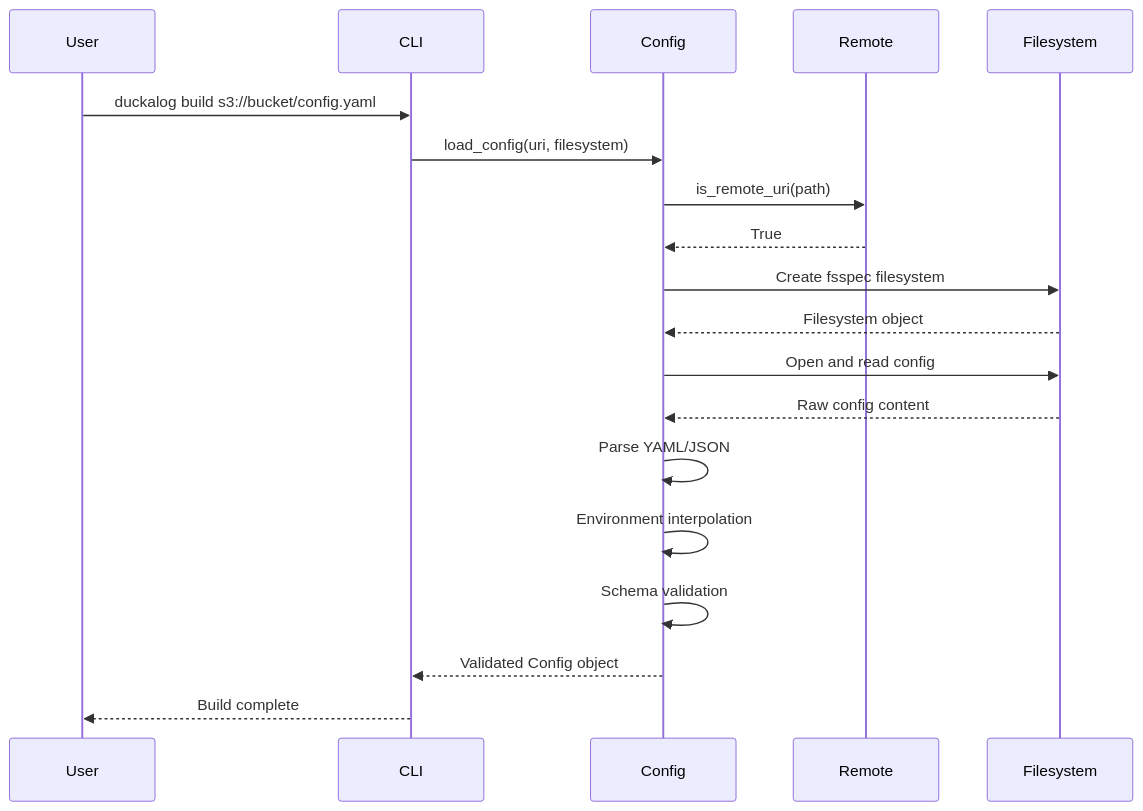
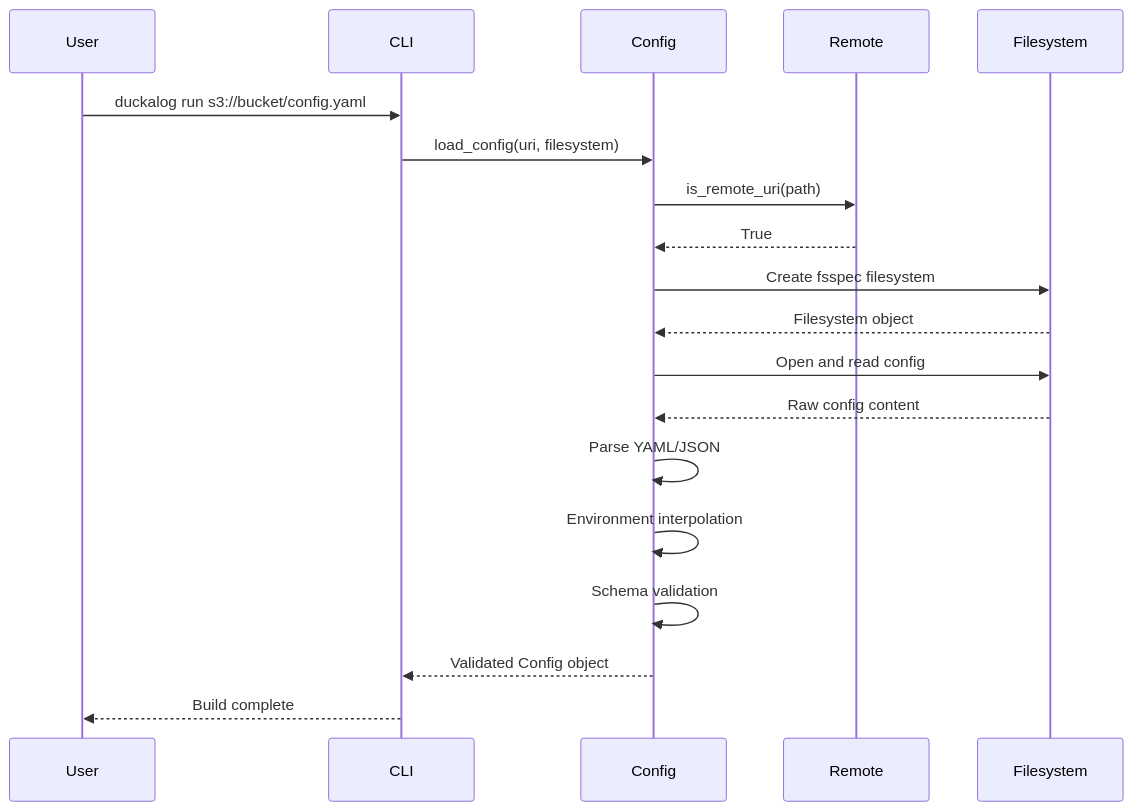
The fifth of 16 diagrams in docs/explanation/architecture.md (legout/duckalog), drawn with Mermaid before and after one commit. The commit also changed other lines of this file and 120 other files, not shown here.

````diff
--- a/docs/explanation/architecture.md
+++ b/docs/explanation/architecture.md
@@ -187,22 +187,22 @@
 ```mermaid
 sequenceDiagram
     participant User
     participant CLI
     participant Config
     participant Remote
     participant Filesystem
     
-    User->>CLI: duckalog build s3://bucket/config.yaml
+    User->>CLI: duckalog run s3://bucket/config.yaml
     CLI->>Config: load_config(uri, filesystem)
     Config->>Remote: is_remote_uri(path)
     Remote-->>Config: True
     Config->>Filesystem: Create fsspec filesystem
     Filesystem-->>Config: Filesystem object
     Config->>Filesystem: Open and read config
     Filesystem-->>Config: Raw config content
     Config->>Config: Parse YAML/JSON
     Config->>Config: Environment interpolation
     Config->>Config: Schema validation
     Config-->>CLI: Validated Config object
     CLI-->>User: Build complete
 ```
````
